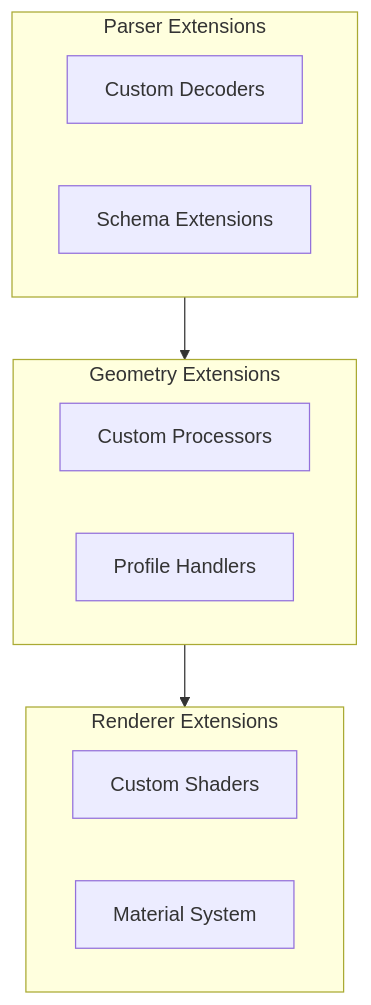
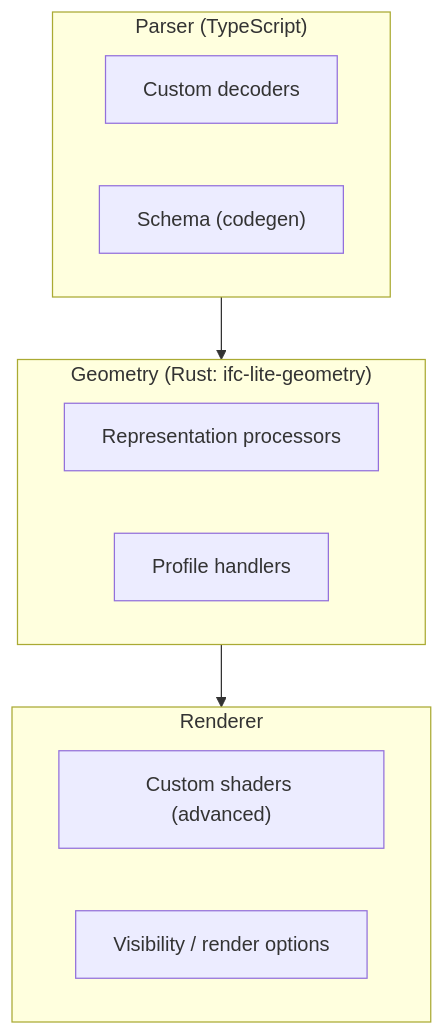
The diagram in docs/tutorials/extending-parser.md (LTplus-AG/ifc-lite), drawn with Mermaid before and after one commit. The commit also changed other lines of this file and 70 other files, not shown here.

````diff
--- a/docs/tutorials/extending-parser.md
+++ b/docs/tutorials/extending-parser.md
@@ -7,19 +7,19 @@
 ```mermaid
 flowchart TB
-    subgraph Parser["Parser Extensions"]
-        Custom["Custom Decoders"]
-        Schema["Schema Extensions"]
+    subgraph Parser["Parser (TypeScript)"]
+        Custom["Custom decoders"]
+        Schema["Schema (codegen)"]
     end
 
-    subgraph Geometry["Geometry Extensions"]
-        Processor["Custom Processors"]
-        Profile["Profile Handlers"]
+    subgraph Geometry["Geometry (Rust: ifc-lite-geometry)"]
+        Processor["Representation processors"]
+        Profile["Profile handlers"]
     end
 
-    subgraph Renderer["Renderer Extensions"]
-        Shader["Custom Shaders"]
-        Material["Material System"]
+    subgraph Renderer["Renderer"]
+        Shader["Custom shaders (advanced)"]
+        Material["Visibility / render options"]
     end
 
     Parser --> Geometry --> Renderer
 ```
````
